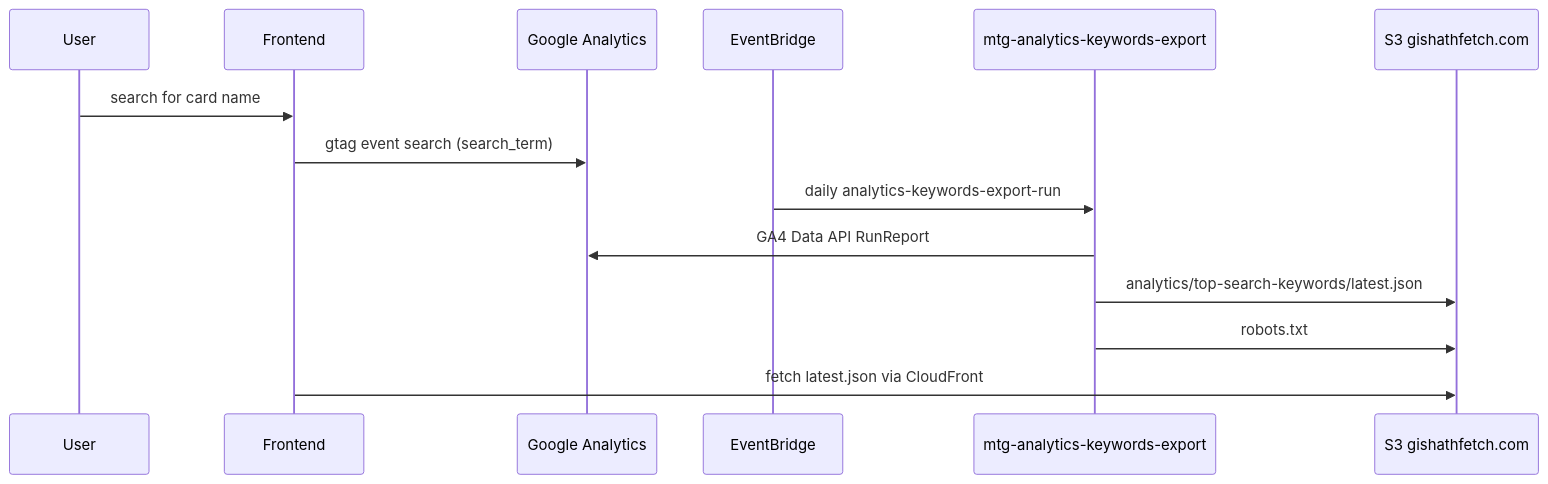
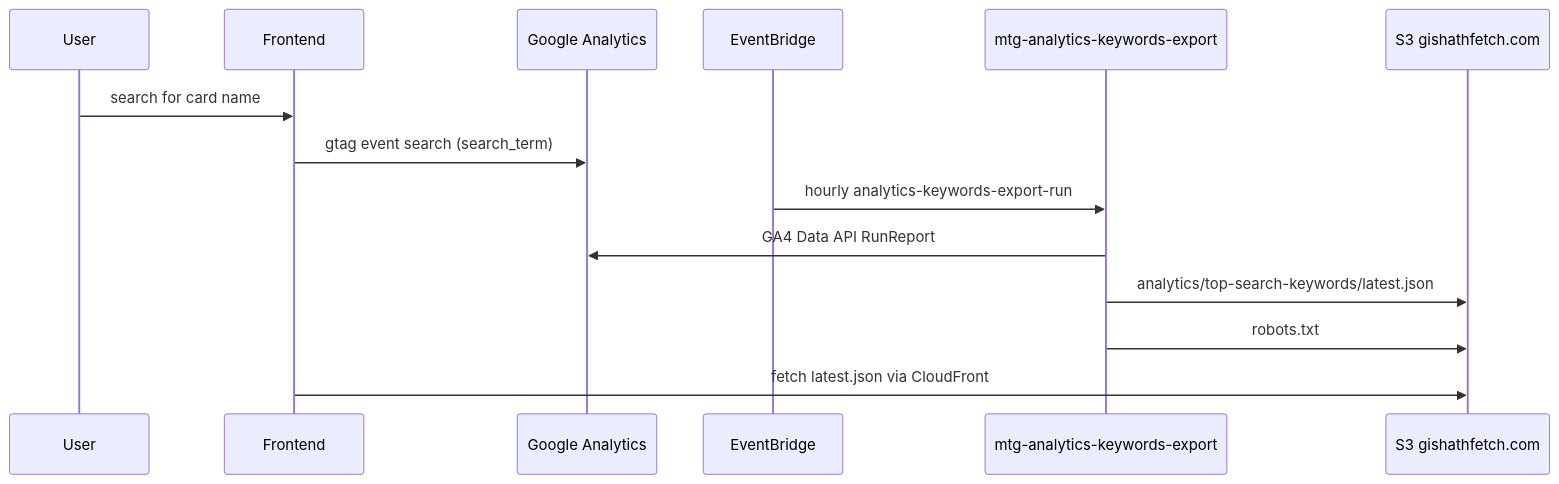
Before and after one commit to xenodus/gishathfetch: the second of 3 diagrams in docs/architecture.md, drawn with Mermaid. The commit also changed other lines of this file and 6 other files, not shown here.

First line of the commit message:
Schedule hourly GA4 analytics keyword exports

````diff
--- a/docs/architecture.md
+++ b/docs/architecture.md
@@ -160,17 +162,17 @@
 ```mermaid
 sequenceDiagram
     participant U as User
     participant FE as Frontend
     participant GA as Google Analytics
     participant EB as EventBridge
     participant L as mtg-analytics-keywords-export
     participant S3 as S3 gishathfetch.com
 
     U->>FE: search for card name
     FE->>GA: gtag event search (search_term)
-    EB->>L: daily analytics-keywords-export-run
+    EB->>L: hourly analytics-keywords-export-run
     L->>GA: GA4 Data API RunReport
     L->>S3: analytics/top-search-keywords/latest.json
     L->>S3: robots.txt
     FE->>S3: fetch latest.json via CloudFront
 ```
````
